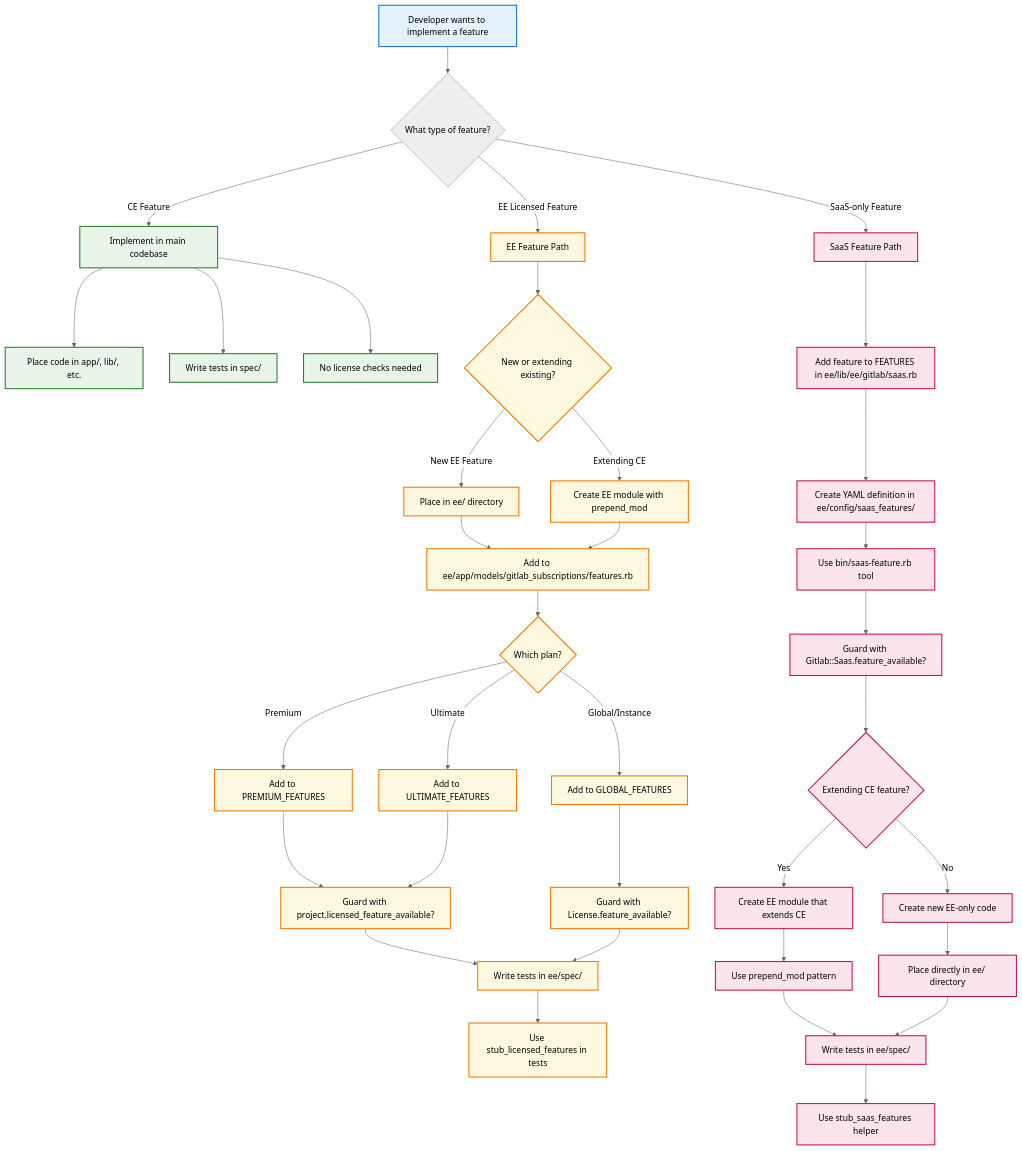
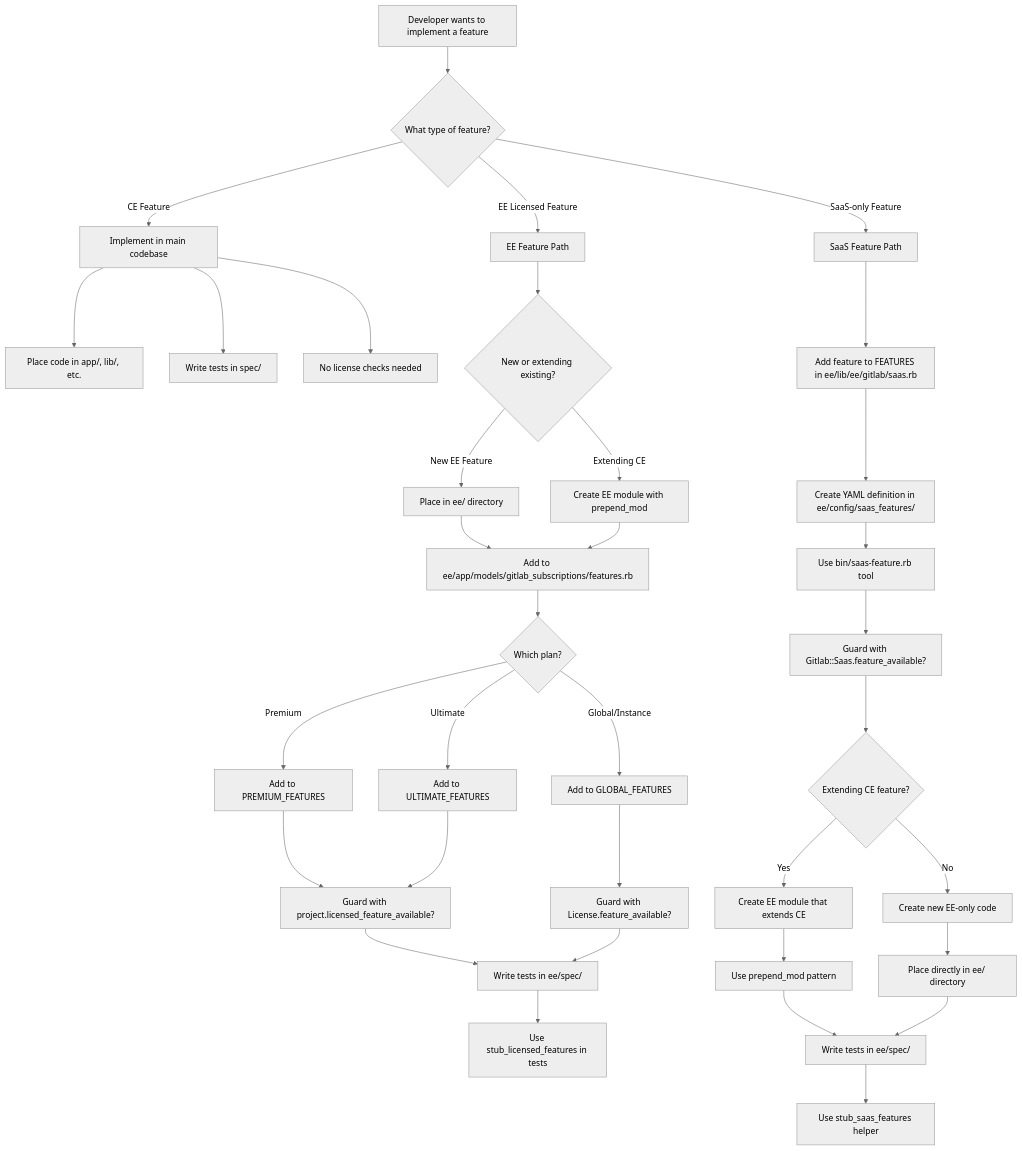
The diagram in doc/development/ee_features.md (pavankalisetti009/gitlab), drawn with Mermaid (neutral theme) before and after one commit. The commit also changed 12 other files, not shown here.

Commit message:
Removes color from Mermaid charts

````diff
--- a/doc/development/ee_features.md
+++ b/doc/development/ee_features.md
@@ -33,53 +33,47 @@
 ```mermaid
+%%{init: { "fontFamily": "GitLab Sans" }}%%
 flowchart TD
+    accTitle: Feature implementation decision flow
+    accDescr: Diagram showing how to decide where and how to implement features across CE/EE/SaaS layers
+
     A[Developer wants to implement a feature] --> B{What type of feature?}
 
     B -->|CE Feature| C[Implement in main codebase]
     B -->|EE Licensed Feature| D[EE Feature Path]
     B -->|SaaS-only Feature| E[SaaS Feature Path]
 
     C --> C1[Place code in app/, lib/, etc.]
     C --> C2[Write tests in spec/]
     C --> C3[No license checks needed]
 
     D --> D1{New or extending existing?}
     D1 -->|New EE Feature| D2[Place in ee/ directory]
     D1 -->|Extending CE| D3[Create EE module with prepend_mod]
 
     D2 --> D4[Add to ee/app/models/gitlab_subscriptions/features.rb]
     D3 --> D4
     D4 --> D5{Which plan?}
     D5 -->|Premium| D6[Add to PREMIUM_FEATURES]
     D5 -->|Ultimate| D7[Add to ULTIMATE_FEATURES]
     D5 -->|Global/Instance| D8[Add to GLOBAL_FEATURES]
 
     D6 --> D9[Guard with project.licensed_feature_available?]
     D7 --> D9
     D8 --> D10[Guard with License.feature_available?]
     D9 --> D11[Write tests in ee/spec/]
     D10 --> D11
     D11 --> D12[Use stub_licensed_features in tests]
 
     E --> E1[Add feature to FEATURES in ee/lib/ee/gitlab/saas.rb]
     E1 --> E2[Create YAML definition in ee/config/saas_features/]
     E2 --> E3[Use bin/saas-feature.rb tool]
     E3 --> E4[Guard with Gitlab::Saas.feature_available?]
     E4 --> E5{Extending CE feature?}
     E5 -->|Yes| E6[Create EE module that extends CE]
     E5 -->|No| E7[Create new EE-only code]
     E6 --> E8[Use prepend_mod pattern]
     E7 --> E9[Place directly in ee/ directory]
     E8 --> E10[Write tests in ee/spec/]
     E9 --> E10
     E10 --> E11[Use stub_saas_features helper]
-
-    classDef ceStyle fill:#e8f5e8,stroke:#2e7d32,stroke-width:2px,color:#000000
-    classDef eeStyle fill:#fff8e1,stroke:#f57c00,stroke-width:2px,color:#000000
-    classDef saasStyle fill:#fce4ec,stroke:#c2185b,stroke-width:2px,color:#000000
-    classDef startStyle fill:#e3f2fd,stroke:#1976d2,stroke-width:2px,color:#000000
-
-    class A startStyle
-    class C,C1,C2,C3 ceStyle
-    class D,D1,D2,D3,D4,D5,D6,D7,D8,D9,D10,D11,D12 eeStyle
-    class E,E1,E2,E3,E4,E5,E6,E7,E8,E9,E10,E11 saasStyle
 ```
````
